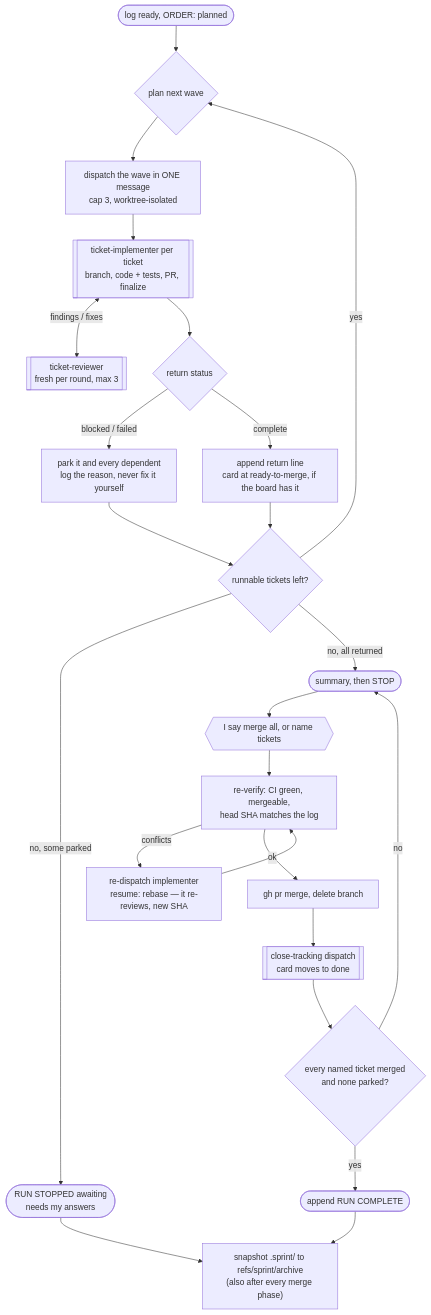
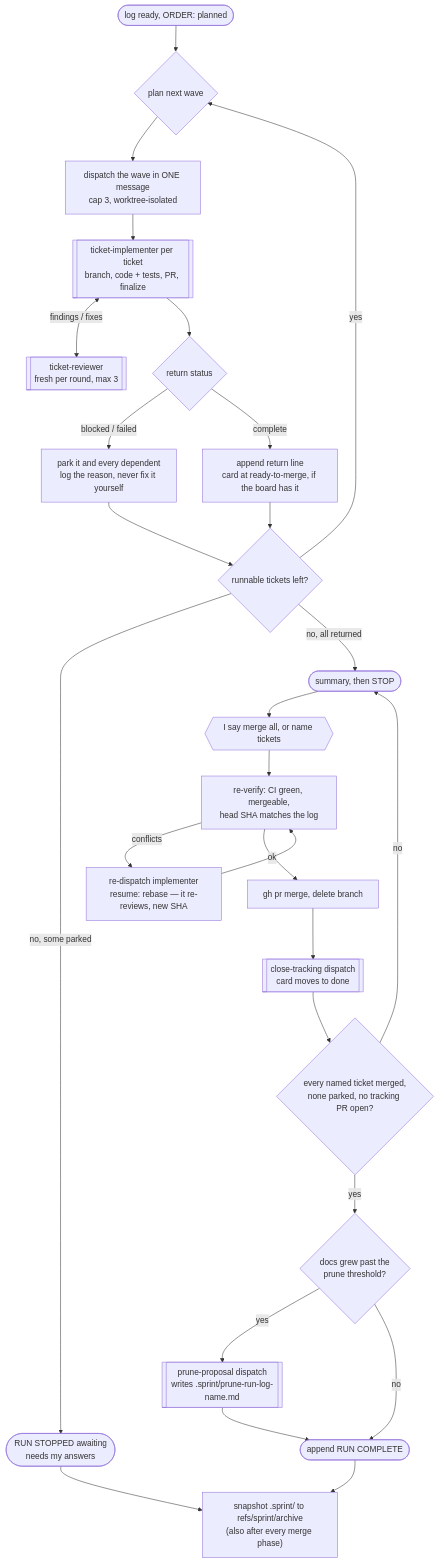
The second of 2 diagrams in sprint/SKILL.md (kyimoemin/skills), drawn with Mermaid before and after one commit. The commit also changed other lines of this file, not shown here.

First line of the commit message:
sprint: doc prune wrap-up, tracking PRs when the repo forbids direct commits

````diff
--- a/sprint/SKILL.md
+++ b/sprint/SKILL.md
@@ -235,37 +237,42 @@
 ```mermaid
 flowchart TB
     start(["log ready, ORDER: planned"]) --> wave{plan next wave}
     wave --> disp["dispatch the wave in ONE message
 cap 3, worktree-isolated"]
     disp --> impl[["ticket-implementer per ticket
 branch, code + tests, PR, finalize"]]
     impl <-- "findings / fixes" --> rev[["ticket-reviewer
 fresh per round, max 3"]]
     impl --> ret{return status}
     ret -- "blocked / failed" --> park["park it and every dependent
 log the reason, never fix it yourself"]
     ret -- "complete" --> rec["append return line
 card at ready-to-merge, if the board has it"]
     park --> left{runnable tickets left?}
     rec --> left
     left -- "yes" --> wave
     left -- "no, some parked" --> stopped(["RUN STOPPED awaiting
 needs my answers"])
     left -- "no, all returned" --> stop([summary, then STOP])
     stop --> word{{"I say merge all, or name tickets"}}
     word --> verify["re-verify: CI green, mergeable,
 head SHA matches the log"]
     verify -- "conflicts" --> redisp["re-dispatch implementer
 resume: rebase — it re-reviews, new SHA"]
     redisp --> verify
     verify -- "ok" --> merged["gh pr merge, delete branch"]
     merged --> close[["close-tracking dispatch
 card moves to done"]]
-    close --> all{"every named ticket merged
-and none parked?"}
+    close --> all{"every named ticket merged,
+none parked, no tracking PR open?"}
     all -- "no" --> stop
-    all -- "yes" --> complete([append RUN COMPLETE])
+    all -- "yes" --> prune{"docs grew past the
+prune threshold?"}
+    prune -- "yes" --> prunedisp[["prune-proposal dispatch
+writes .sprint/prune-run-log-name.md"]]
+    prune -- "no" --> complete([append RUN COMPLETE])
+    prunedisp --> complete
     stopped --> arch["snapshot .sprint/ to refs/sprint/archive
 (also after every merge phase)"]
     complete --> arch
 ```
````
